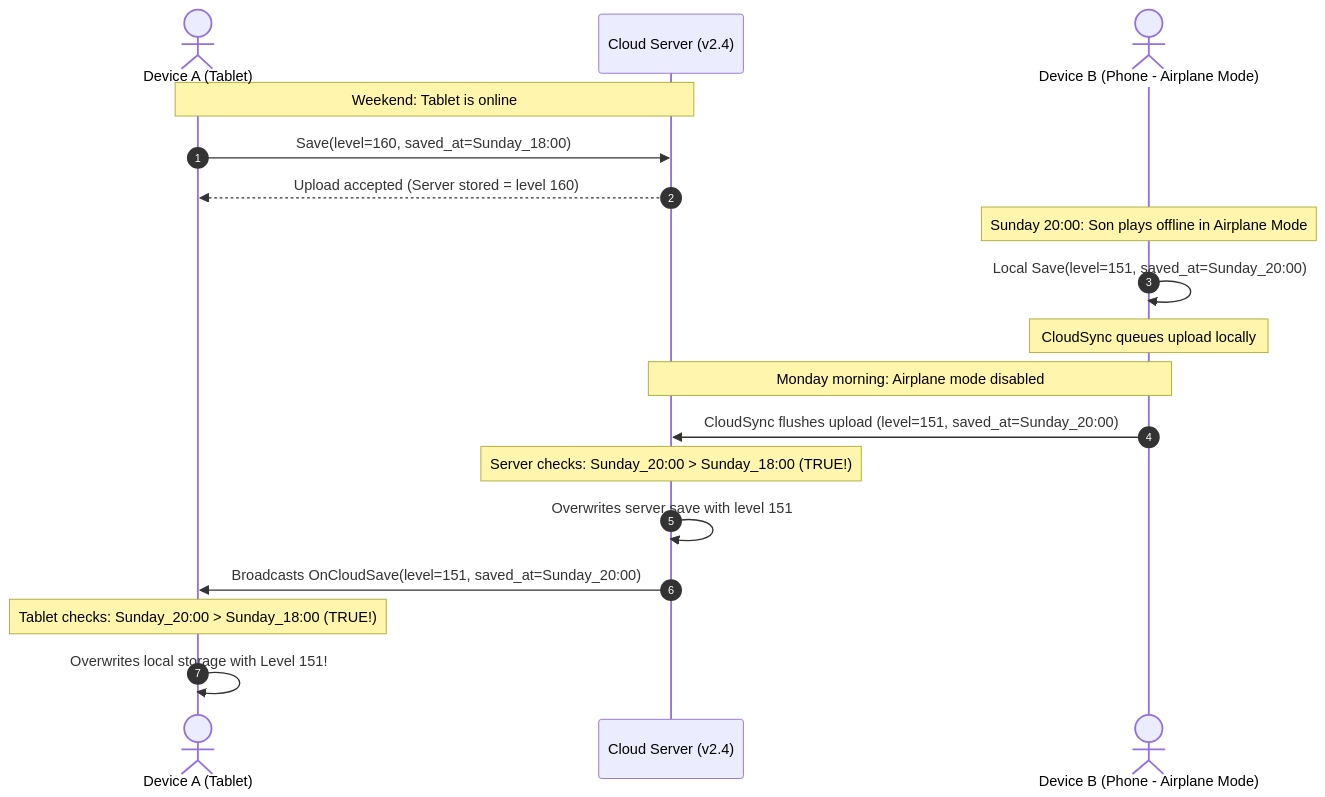
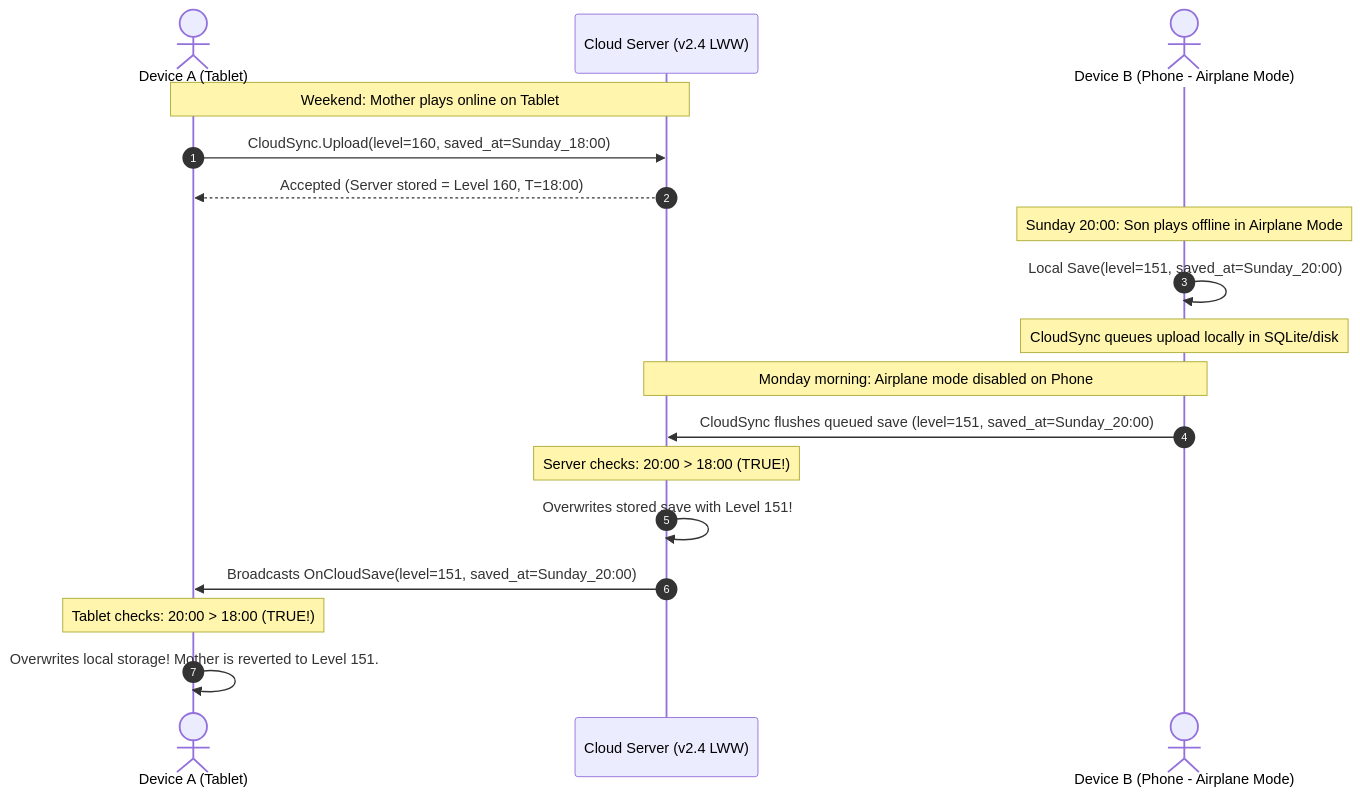
One commit to aaditya156/merge-kingdom-v25 changed the first of 4 diagrams in submission/Chaos_Engine_Labs_Assignment.md. Above: the diagram before and after it, drawn with Mermaid. The commit also changed other lines of this file and 1 other file, not shown here.

````diff
--- a/submission/Chaos_Engine_Labs_Assignment.md
+++ b/submission/Chaos_Engine_Labs_Assignment.md
@@ -72,23 +94,23 @@
 ```mermaid
 sequenceDiagram
     autonumber
     actor Tablet as Device A (Tablet)
-    participant Server as Cloud Server (v2.4)
+    participant Server as Cloud Server (v2.4 LWW)
     actor Phone as Device B (Phone - Airplane Mode)
 
-    Note over Tablet,Server: Weekend: Tablet is online
-    Tablet->>Server: Save(level=160, saved_at=Sunday_18:00)
-    Server-->>Tablet: Upload accepted (Server stored = level 160)
+    Note over Tablet,Server: Weekend: Mother plays online on Tablet
+    Tablet->>Server: CloudSync.Upload(level=160, saved_at=Sunday_18:00)
+    Server-->>Tablet: Accepted (Server stored = Level 160, T=18:00)
 
     Note over Phone: Sunday 20:00: Son plays offline in Airplane Mode
     Phone->>Phone: Local Save(level=151, saved_at=Sunday_20:00)
-    Note over Phone: CloudSync queues upload locally
+    Note over Phone: CloudSync queues upload locally in SQLite/disk
 
-    Note over Phone,Server: Monday morning: Airplane mode disabled
-    Phone->>Server: CloudSync flushes upload (level=151, saved_at=Sunday_20:00)
-    Note over Server: Server checks: Sunday_20:00 > Sunday_18:00 (TRUE!)
-    Server->>Server: Overwrites server save with level 151
+    Note over Phone,Server: Monday morning: Airplane mode disabled on Phone
+    Phone->>Server: CloudSync flushes queued save (level=151, saved_at=Sunday_20:00)
+    Note over Server: Server checks: 20:00 > 18:00 (TRUE!)
+    Server->>Server: Overwrites stored save with Level 151!
     Server->>Tablet: Broadcasts OnCloudSave(level=151, saved_at=Sunday_20:00)
-    Note over Tablet: Tablet checks: Sunday_20:00 > Sunday_18:00 (TRUE!)
-    Tablet->>Tablet: Overwrites local storage with Level 151!
+    Note over Tablet: Tablet checks: 20:00 > 18:00 (TRUE!)
+    Tablet->>Tablet: Overwrites local storage! Mother is reverted to Level 151.
 ```
````
